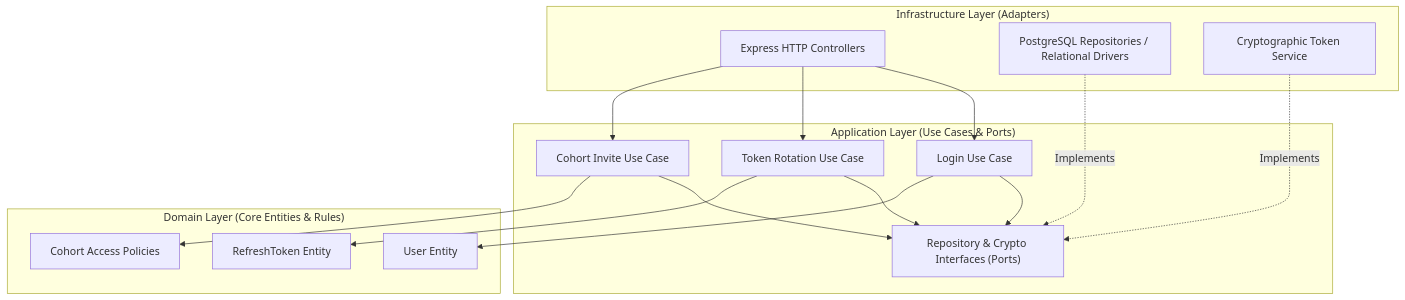
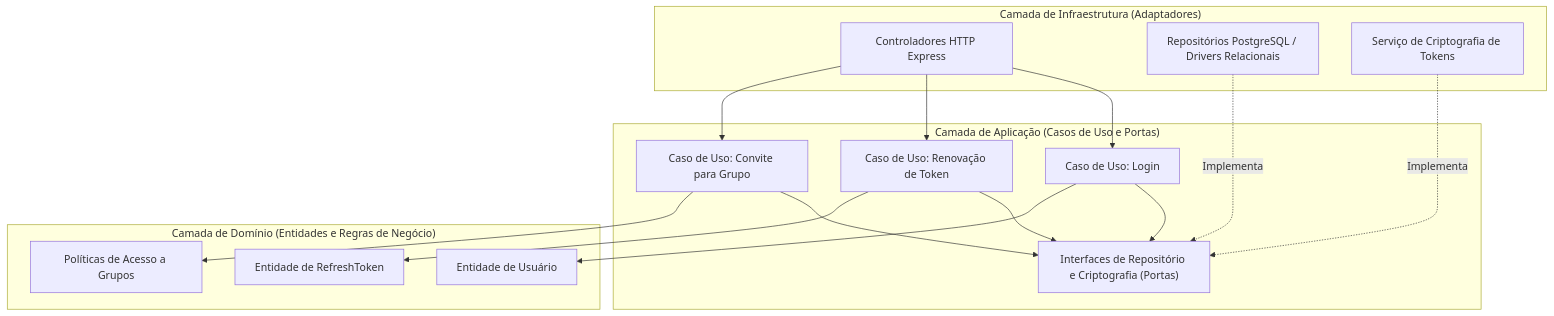
One commit to Fcsscoder/case-studies changed the first of 2 diagrams in backend-and-distributed-systems/hexagonal-auth-service/README.md. Above: the diagram before and after it, drawn with Mermaid. The commit also changed other lines of this file and 21 other files, not shown here.

````diff
--- a/backend-and-distributed-systems/hexagonal-auth-service/README.md
+++ b/backend-and-distributed-systems/hexagonal-auth-service/README.md
@@ -9,33 +9,33 @@
 ```mermaid
 graph TD
-    subgraph Infrastructure ["Infrastructure Layer (Adapters)"]
-        HTTP["Express HTTP Controllers"]
-        DB["PostgreSQL Repositories / Relational Drivers"]
-        TokenGen["Cryptographic Token Service"]
+    subgraph Infrastructure ["Camada de Infraestrutura (Adaptadores)"]
+        HTTP["Controladores HTTP Express"]
+        DB["Repositórios PostgreSQL / Drivers Relacionais"]
+        TokenGen["Serviço de Criptografia de Tokens"]
     end
 
-    subgraph Application ["Application Layer (Use Cases & Ports)"]
-        LoginUC["Login Use Case"]
-        RefreshUC["Token Rotation Use Case"]
-        InviteUC["Cohort Invite Use Case"]
-        Ports["Repository & Crypto Interfaces (Ports)"]
+    subgraph Application ["Camada de Aplicação (Casos de Uso e Portas)"]
+        LoginUC["Caso de Uso: Login"]
+        RefreshUC["Caso de Uso: Renovação de Token"]
+        InviteUC["Caso de Uso: Convite para Grupo"]
+        Ports["Interfaces de Repositório e Criptografia (Portas)"]
     end
 
-    subgraph Domain ["Domain Layer (Core Entities & Rules)"]
-        User["User Entity"]
-        Token["RefreshToken Entity"]
-        Policy["Cohort Access Policies"]
+    subgraph Domain ["Camada de Domínio (Entidades e Regras de Negócio)"]
+        User["Entidade de Usuário"]
+        Token["Entidade de RefreshToken"]
+        Policy["Políticas de Acesso a Grupos"]
     end
 
     HTTP --> LoginUC
     HTTP --> RefreshUC
     HTTP --> InviteUC
     LoginUC --> Ports
     RefreshUC --> Ports
     InviteUC --> Ports
     LoginUC --> User
     RefreshUC --> Token
     InviteUC --> Policy
-    DB -.->|Implements| Ports
-    TokenGen -.->|Implements| Ports
+    DB -.->|Implementa| Ports
+    TokenGen -.->|Implementa| Ports
 ```
````
